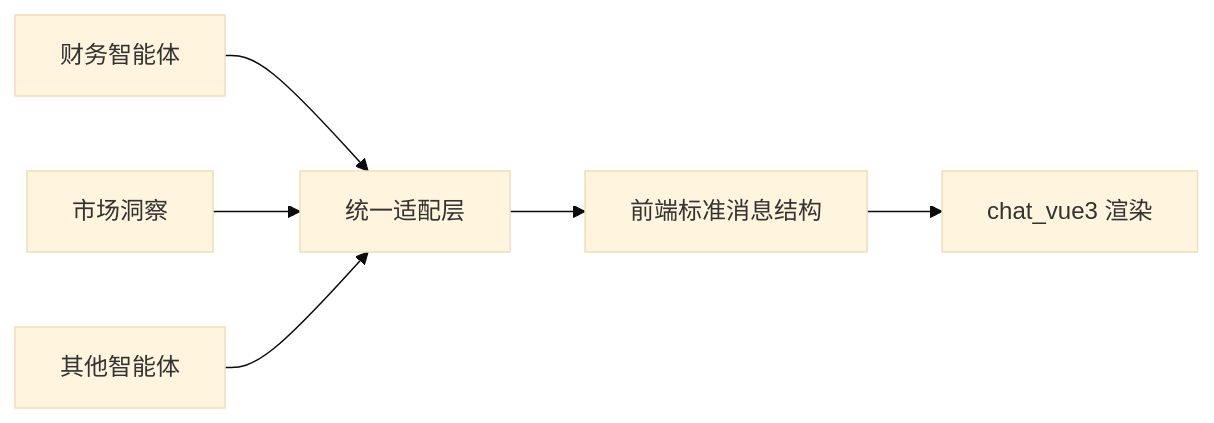
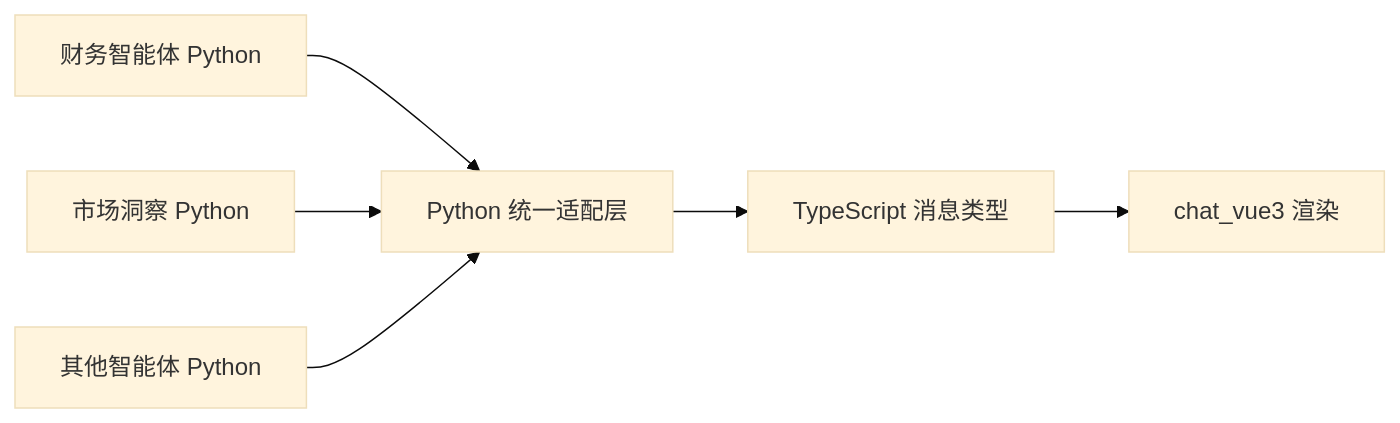
One commit to swipth/work-report changed the sixth of 8 diagrams in reports/2026-05-26/index.md. Above: the diagram before and after it, drawn with Mermaid (base theme). The commit also changed other lines of this file and 29 other files, not shown here.

````diff
--- a/reports/2026-05-26/index.md
+++ b/reports/2026-05-26/index.md
@@ -137,8 +137,8 @@
 ```mermaid
 flowchart LR
-  A1["财务智能体"] --> Adapter["统一适配层"]
-  A2["市场洞察"] --> Adapter
-  A3["其他智能体"] --> Adapter
-  Adapter --> Schema["前端标准消息结构"]
+  A1["财务智能体 Python"] --> Adapter["Python 统一适配层"]
+  A2["市场洞察 Python"] --> Adapter
+  A3["其他智能体 Python"] --> Adapter
+  Adapter --> Schema["TypeScript 消息类型"]
   Schema --> FE["chat_vue3 渲染"]
 ```
````
